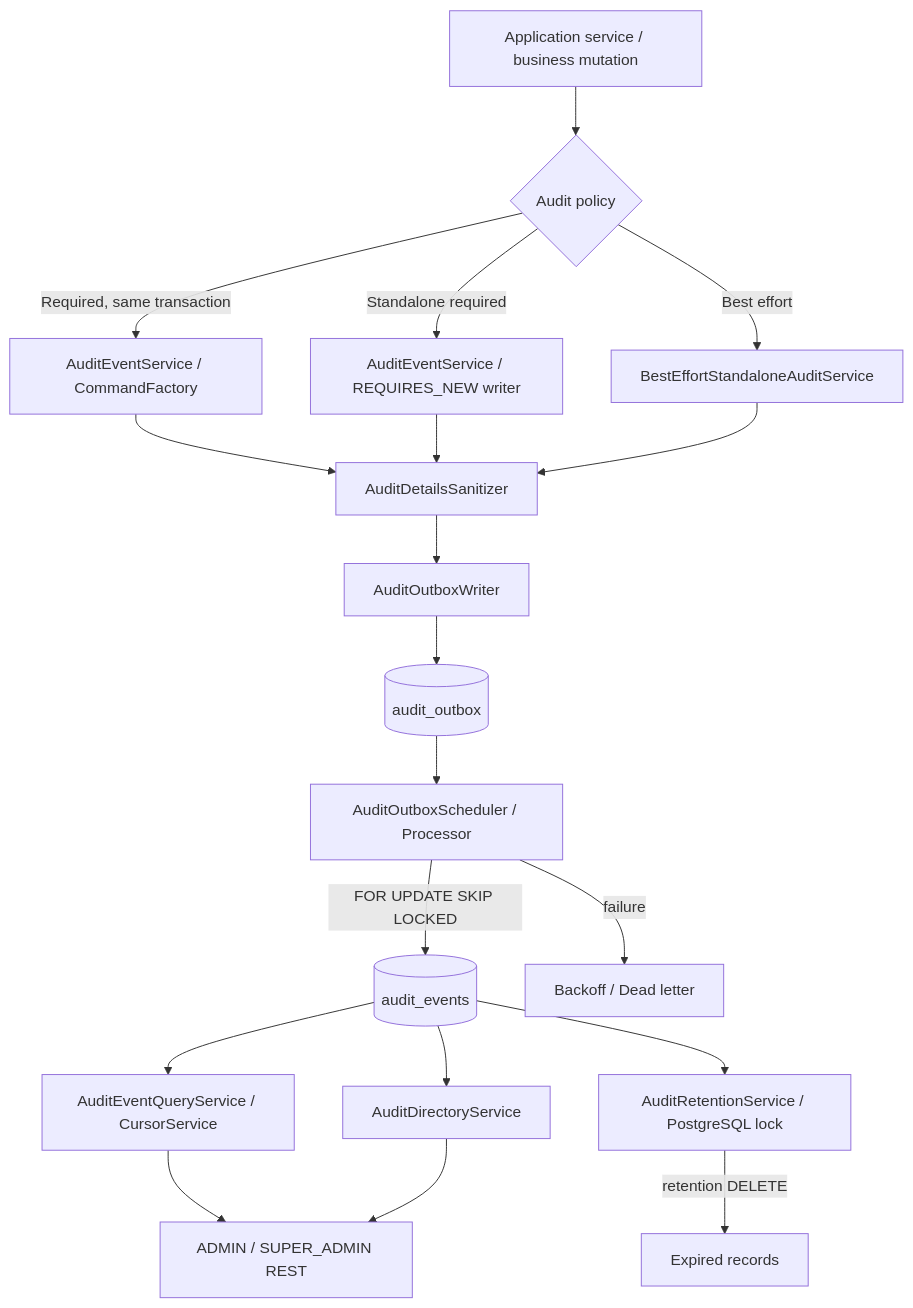
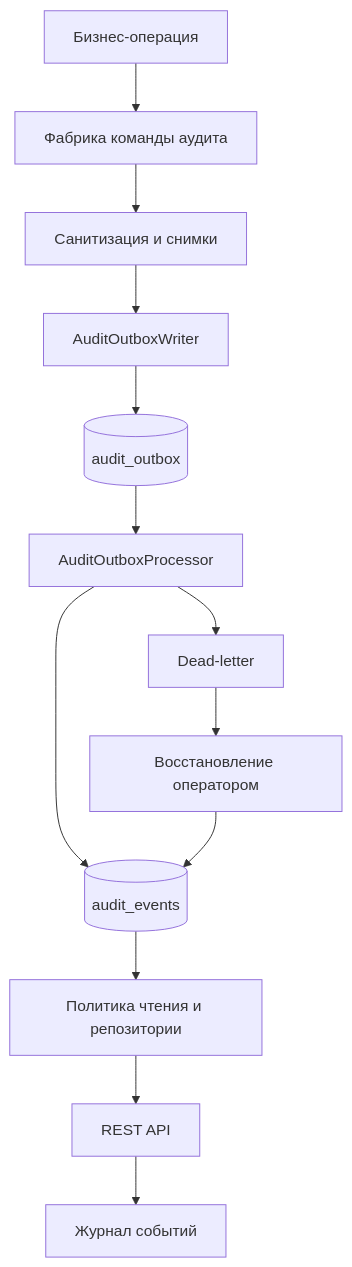
Before and after one commit to Amid-1/Safeai-desk: the first of 7 diagrams in backend/src/main/java/ru/safeai/gateway/audit/README.md, drawn with Mermaid. The commit also changed other lines of this file and 7 other files, not shown here.

````diff
--- a/backend/src/main/java/ru/safeai/gateway/audit/README.md
+++ b/backend/src/main/java/ru/safeai/gateway/audit/README.md
@@ -258,21 +79,15 @@
 ```mermaid
 flowchart TD
-  U[Application service / business mutation] --> A{Audit policy}
-  A -->|Required, same transaction| F[AuditEventService / CommandFactory]
-  A -->|Standalone required| G[AuditEventService / REQUIRES_NEW writer]
-  A -->|Best effort| H[BestEffortStandaloneAuditService]
-  F --> S[AuditDetailsSanitizer]
-  G --> S
-  H --> S
-  S --> W[AuditOutboxWriter]
-  W --> O[(audit_outbox)]
-  O --> Q[AuditOutboxScheduler / Processor]
-  Q -->|FOR UPDATE SKIP LOCKED| E[(audit_events)]
-  Q -->|failure| R[Backoff / Dead letter]
-  E --> P[AuditEventQueryService / CursorService]
-  E --> D[AuditDirectoryService]
-  P --> C[ADMIN / SUPER_ADMIN REST]
-  D --> C
-  E --> T[AuditRetentionService / PostgreSQL lock]
-  T -->|retention DELETE| X[Expired records]
+    A[Бизнес-операция] --> C[Фабрика команды аудита]
+    C --> S[Санитизация и снимки]
+    S --> W[AuditOutboxWriter]
+    W --> O[(audit_outbox)]
+    O --> P[AuditOutboxProcessor]
+    P --> E[(audit_events)]
+    P --> D[Dead-letter]
+    D --> R[Восстановление оператором]
+    R --> E
+    E --> Q[Политика чтения и репозитории]
+    Q --> H[REST API]
+    H --> U[Журнал событий]
 ```
````
